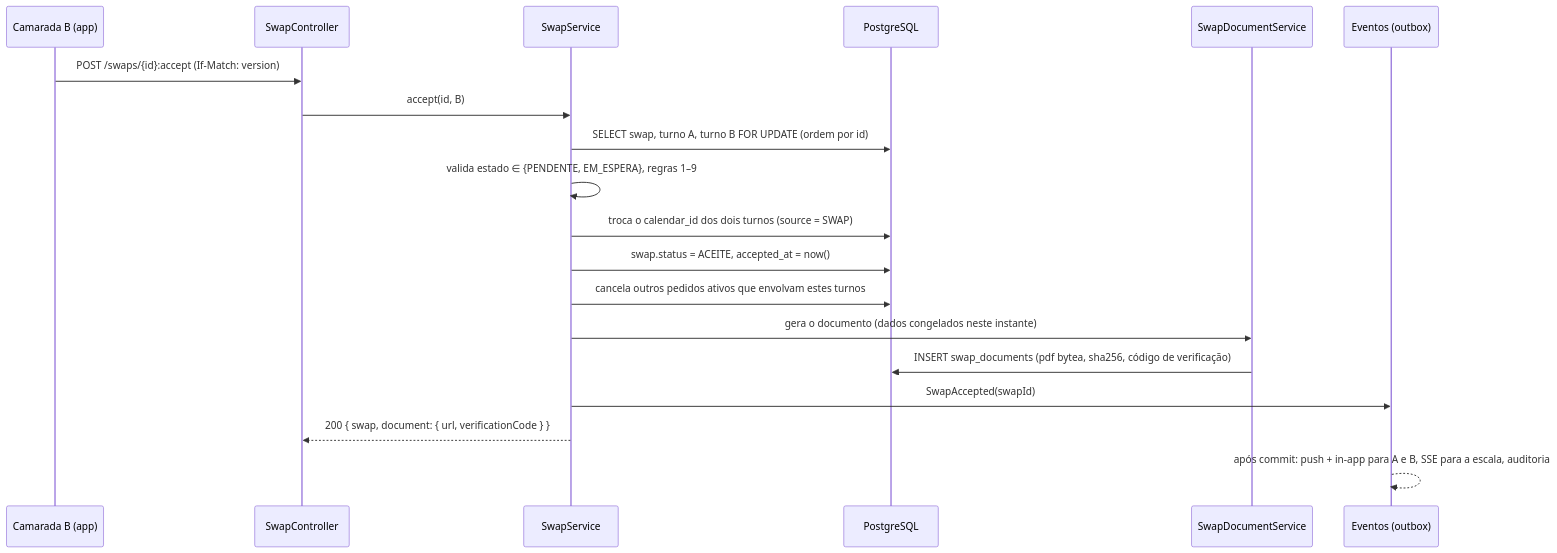
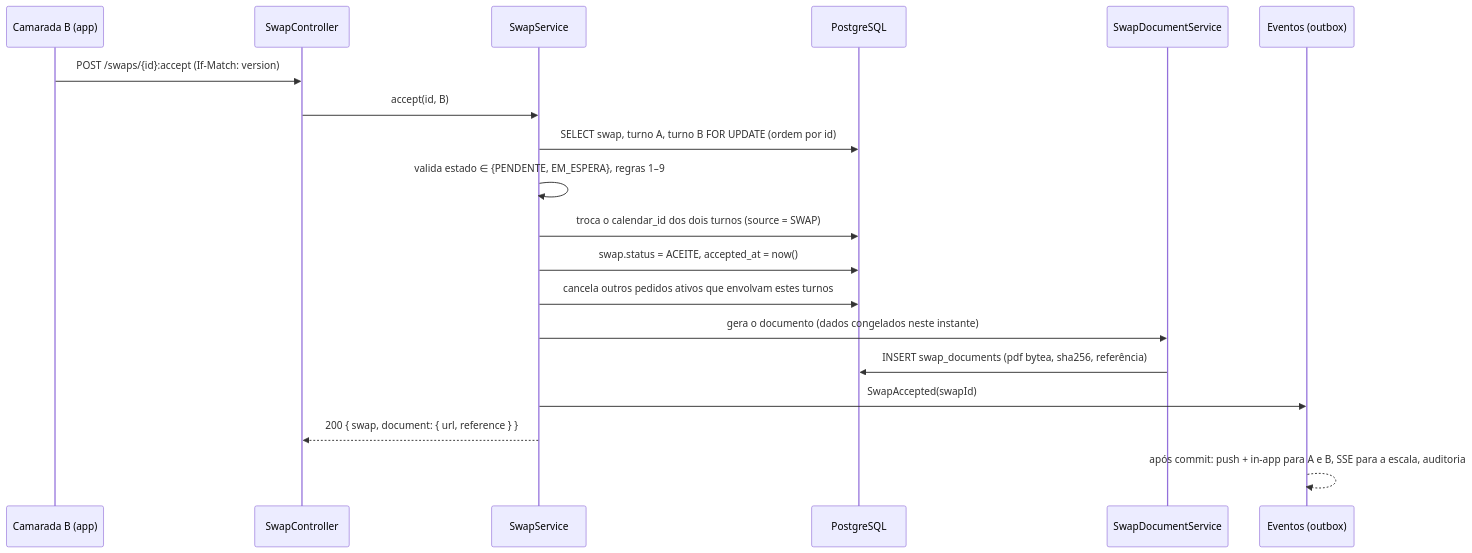
Before and after one commit to joaaoazul/escalasPT: the second of 2 diagrams in docs/turnos/09-trocas-gnr.md, drawn with Mermaid. The commit also changed other lines of this file and 2 other files, not shown here.

First line of the commit message:
Add the posto escala tab, match the official swap form, trim captions

````diff
--- a/docs/turnos/09-trocas-gnr.md
+++ b/docs/turnos/09-trocas-gnr.md
@@ -159,22 +173,22 @@
 ```mermaid
 sequenceDiagram
     participant B as Camarada B (app)
     participant API as SwapController
     participant S as SwapService
     participant DB as PostgreSQL
     participant PDF as SwapDocumentService
     participant EV as Eventos (outbox)
 
     B->>API: POST /swaps/{id}:accept  (If-Match: version)
     API->>S: accept(id, B)
     S->>DB: SELECT swap, turno A, turno B FOR UPDATE (ordem por id)
     S->>S: valida estado ∈ {PENDENTE, EM_ESPERA}, regras 1–9
     S->>DB: troca o calendar_id dos dois turnos (source = SWAP)
     S->>DB: swap.status = ACEITE, accepted_at = now()
     S->>DB: cancela outros pedidos ativos que envolvam estes turnos
     S->>PDF: gera o documento (dados congelados neste instante)
-    PDF->>DB: INSERT swap_documents (pdf bytea, sha256, código de verificação)
+    PDF->>DB: INSERT swap_documents (pdf bytea, sha256, referência)
     S->>EV: SwapAccepted(swapId)
-    S-->>API: 200 { swap, document: { url, verificationCode } }
+    S-->>API: 200 { swap, document: { url, reference } }
     EV-->>EV: após commit: push + in-app para A e B, SSE para a escala, auditoria
 ```
````
